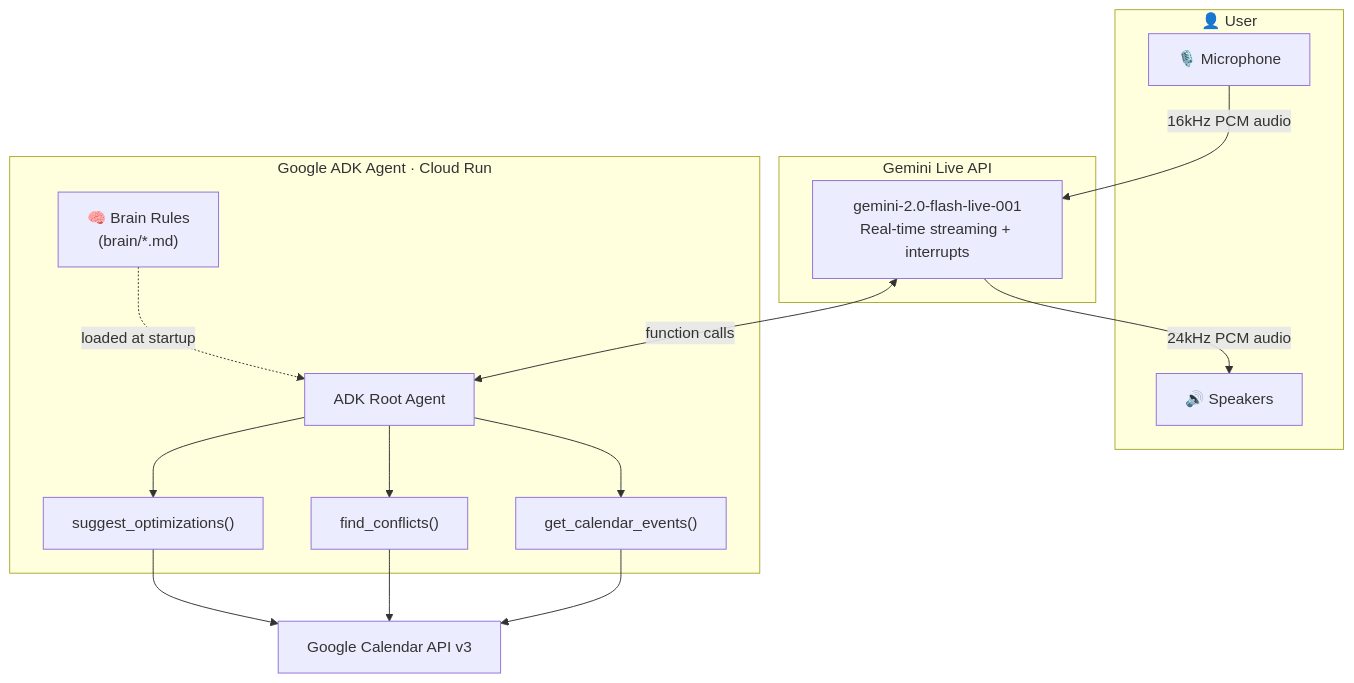
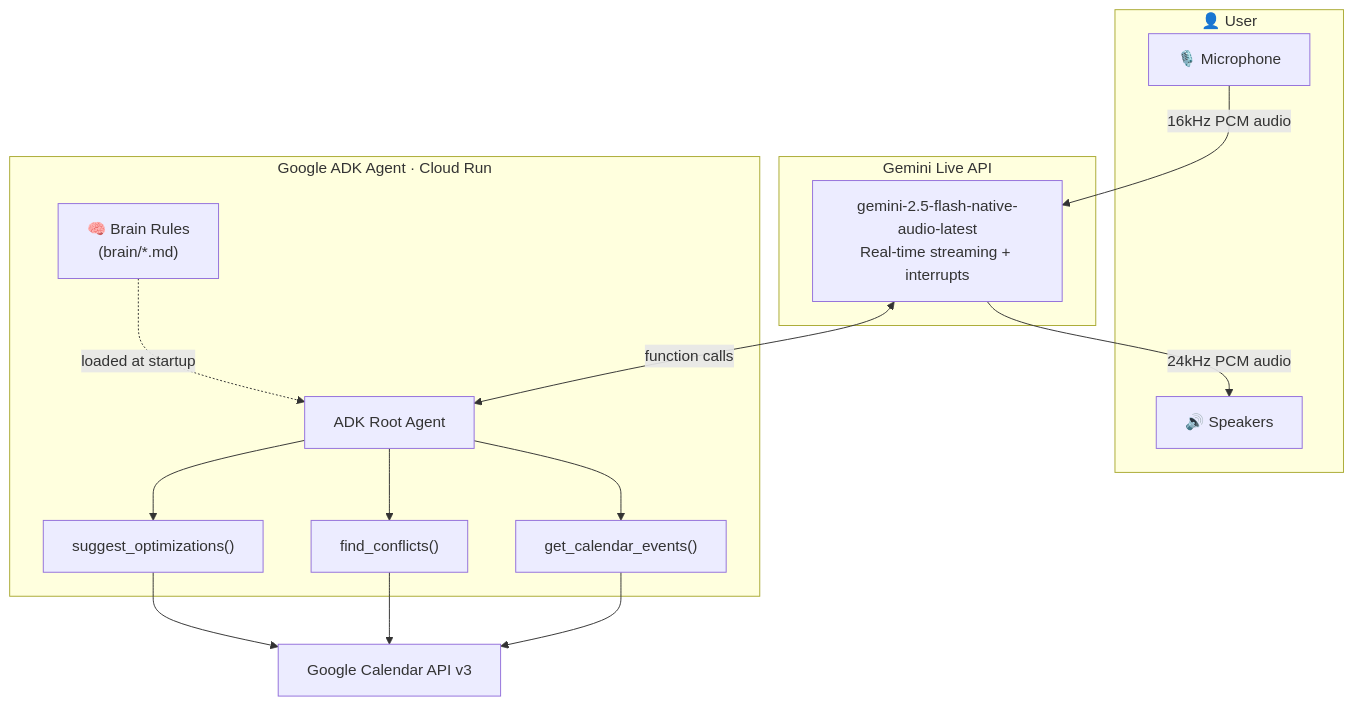
One commit to jkosturko/voice-schedule-analyst changed the first of 2 diagrams in README.md. Above: the diagram before and after it, drawn with Mermaid. The commit also changed other lines of this file and 5 other files, not shown here.

````diff
--- a/README.md
+++ b/README.md
@@ -25,28 +25,28 @@
 ```mermaid
 graph TB
     subgraph User["👤 User"]
         Mic["🎙️ Microphone"]
         Speaker["🔊 Speakers"]
     end
 
     subgraph GeminiLive["Gemini Live API"]
-        LiveModel["gemini-2.0-flash-live-001<br/>Real-time streaming + interrupts"]
+        LiveModel["gemini-2.5-flash-native-audio-latest<br/>Real-time streaming + interrupts"]
     end
 
     subgraph Agent["Google ADK Agent · Cloud Run"]
         Router["ADK Root Agent"]
         T1["get_calendar_events()"]
         T2["find_conflicts()"]
         T3["suggest_optimizations()"]
         Brain["🧠 Brain Rules<br/>(brain/*.md)"]
     end
 
     CalAPI["Google Calendar API v3"]
 
     Mic -->|"16kHz PCM audio"| LiveModel
     LiveModel -->|"24kHz PCM audio"| Speaker
     LiveModel <-->|"function calls"| Router
     Router --> T1 & T2 & T3
     T1 & T2 & T3 --> CalAPI
     Brain -.->|"loaded at startup"| Router
 ```
````
